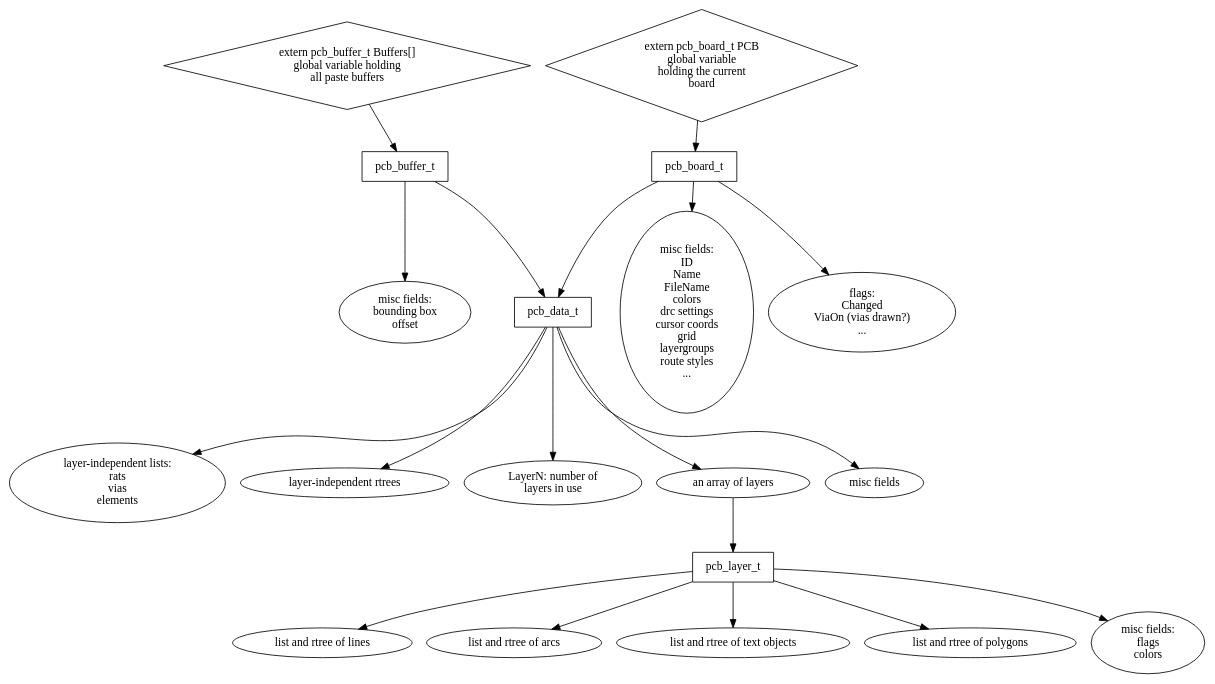
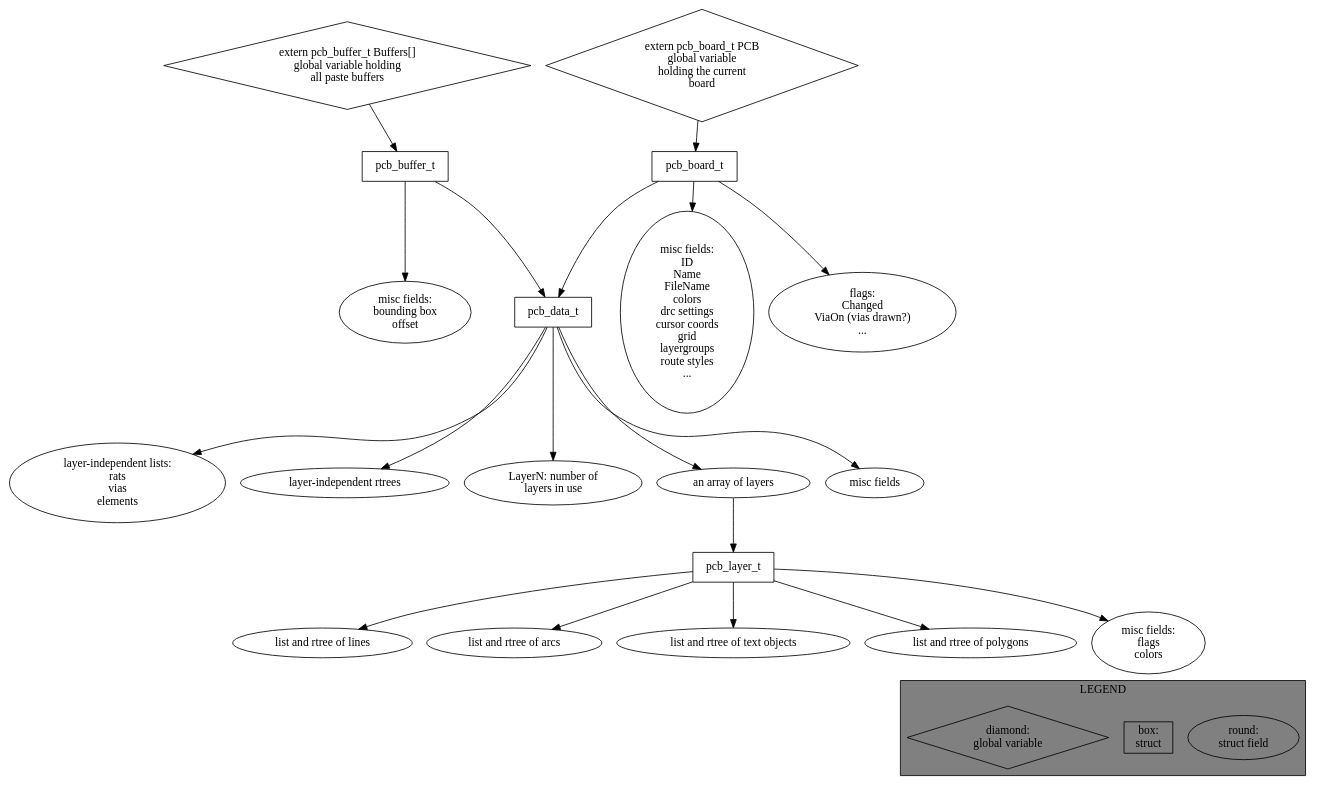
One commit to NoSuchProcess/pcb-rnd changed the diagram in doc-rnd/hacking/src/data1.dot. Above: the diagram before and after it, drawn with Graphviz. The commit also changed 1 other file, not shown here.

Commit message:
[doc-rnd] -Add: legend in the struct graph

```diff
--- a/doc-rnd/hacking/src/data1.dot
+++ b/doc-rnd/hacking/src/data1.dot
@@ -1,48 +1,59 @@
 digraph pcb_data {
 	PCBType_misc [label="misc fields:\nID\nName\nFileName\ncolors\ndrc settings\ncursor coords\ngrid\nlayergroups\nroute styles\n..."]
 	PCBType_flags [label="flags:\nChanged\nViaOn (vias drawn?)\n..."]
 	pcb_board_t -> PCBType_misc
 	pcb_board_t -> PCBType_flags
 	pcb_board_t -> pcb_data_t
 	pcb_board_t [shape=box]
 
 	PCB [label="extern pcb_board_t PCB\nglobal variable\nholding the current\nboard" shape=diamond]
 	PCB -> pcb_board_t
 
 	Buffers [label="extern pcb_buffer_t Buffers[]\nglobal variable holding\nall paste buffers" shape=diamond]
 	Buffers -> pcb_buffer_t
 
 	BufferType_misc [label="misc fields:\nbounding box\noffset"]
 	pcb_buffer_t -> BufferType_misc
 	pcb_buffer_t -> pcb_data_t
 	pcb_buffer_t [shape=box]
 
 	DataType_lists [label="layer-independent lists:\nrats\nvias\nelements"]
 	DataType_rtrees [label="layer-independent rtrees"]
 	DataType_LayerN [label="LayerN: number of\nlayers in use"]
 	DataType_layers [label="an array of layers"]
 	DataType_misc [label="misc fields"]
 
 	pcb_data_t -> DataType_misc
 	pcb_data_t -> DataType_LayerN
 	pcb_data_t -> DataType_layers
 	pcb_data_t -> DataType_lists
 	pcb_data_t -> DataType_rtrees
 	pcb_data_t [shape=box]
 
 	DataType_layers -> pcb_layer_t
 
 
 	LayerType_lines [label="list and rtree of lines"]
 	LayerType_arcs [label="list and rtree of arcs"]
 	LayerType_texts [label="list and rtree of text objects"]
 	LayerType_polygons [label="list and rtree of polygons"]
 	LayerType_misc [label="misc fields:\nflags\ncolors"]
 
 	pcb_layer_t -> LayerType_misc
 	pcb_layer_t -> LayerType_lines
 	pcb_layer_t -> LayerType_arcs
 	pcb_layer_t -> LayerType_texts
 	pcb_layer_t -> LayerType_polygons
 	pcb_layer_t [shape=box]
+
+	subgraph "cluster_1" {
+		label="LEGEND"
+		style=filled
+		bgcolor=grey
+		round [label="round:\nstruct field"]
+		struct [label="box:\nstruct" shape=box]
+		diamond [label="diamond:\nglobal variable" shape=diamond]
+	}
+
+	LayerType_misc -> struct [style=invis]
 }
```
